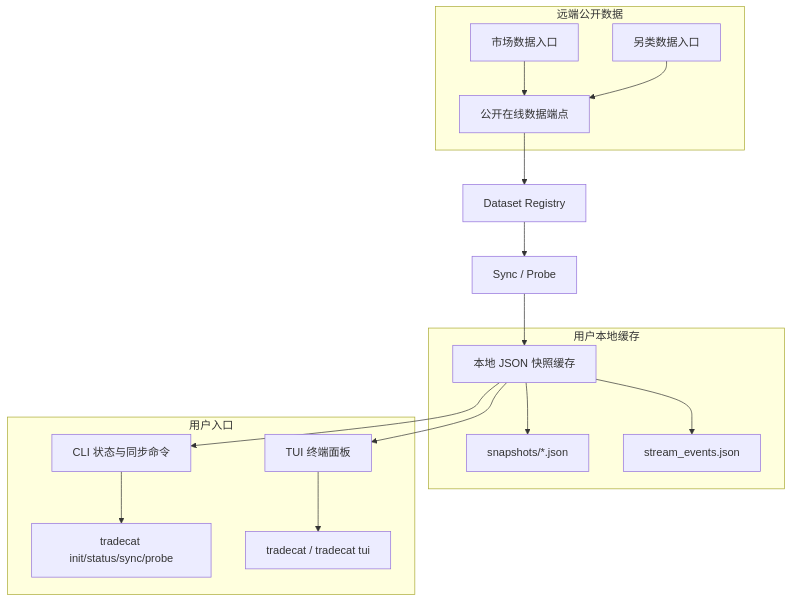
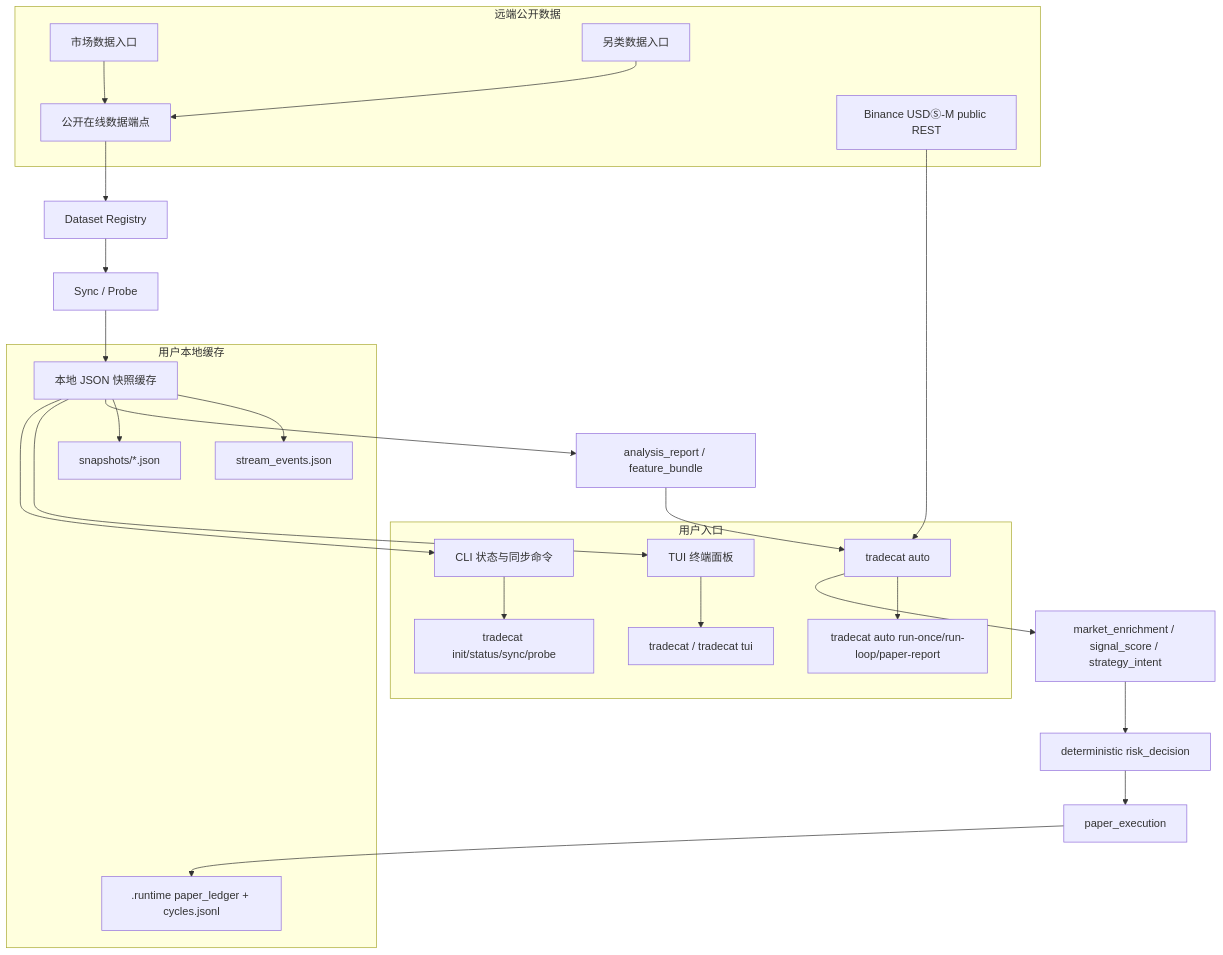
The diagram in scripts/project/README.md (TbK0ng/tradecat), drawn with Mermaid before and after one commit. The commit also changed other lines of this file and 140 other files, not shown here.

````diff
--- a/scripts/project/README.md
+++ b/scripts/project/README.md
@@ -59,29 +64,40 @@
 ```mermaid
 flowchart TD
     A[公开在线数据端点] --> B[Dataset Registry]
     B --> C[Sync / Probe]
     C --> D[本地 JSON 快照缓存]
     D --> E[CLI 状态与同步命令]
     D --> F[TUI 终端面板]
+    D --> G[analysis_report / feature_bundle]
+    G --> H[tradecat auto]
+    I[Binance USDⓈ-M public REST] --> H
+    H --> J[market_enrichment / signal_score / strategy_intent]
+    J --> K[deterministic risk_decision]
+    K --> L[paper_execution]
+    L --> M[.runtime paper_ledger + cycles.jsonl]
 
     subgraph Remote[远端公开数据]
         A1[市场数据入口]
         A2[另类数据入口]
         A1 --> A
         A2 --> A
+        I
     end
 
     subgraph Cache[用户本地缓存]
         D1[snapshots/*.json]
         D2[stream_events.json]
         D --> D1
         D --> D2
+        M
     end
 
     subgraph Interface[用户入口]
         E1[tradecat init/status/sync/probe]
         F1[tradecat / tradecat tui]
+        H1[tradecat auto run-once/run-loop/paper-report]
         E --> E1
         F --> F1
+        H --> H1
     end
 ```
````
